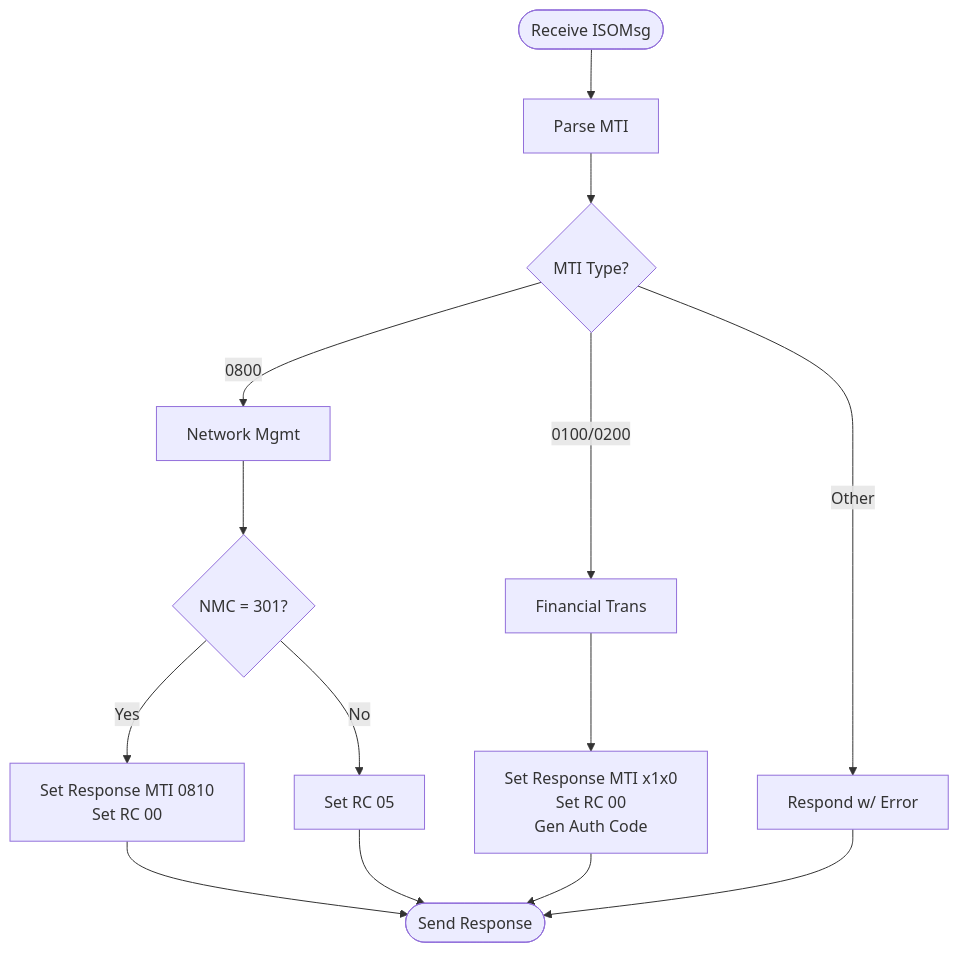
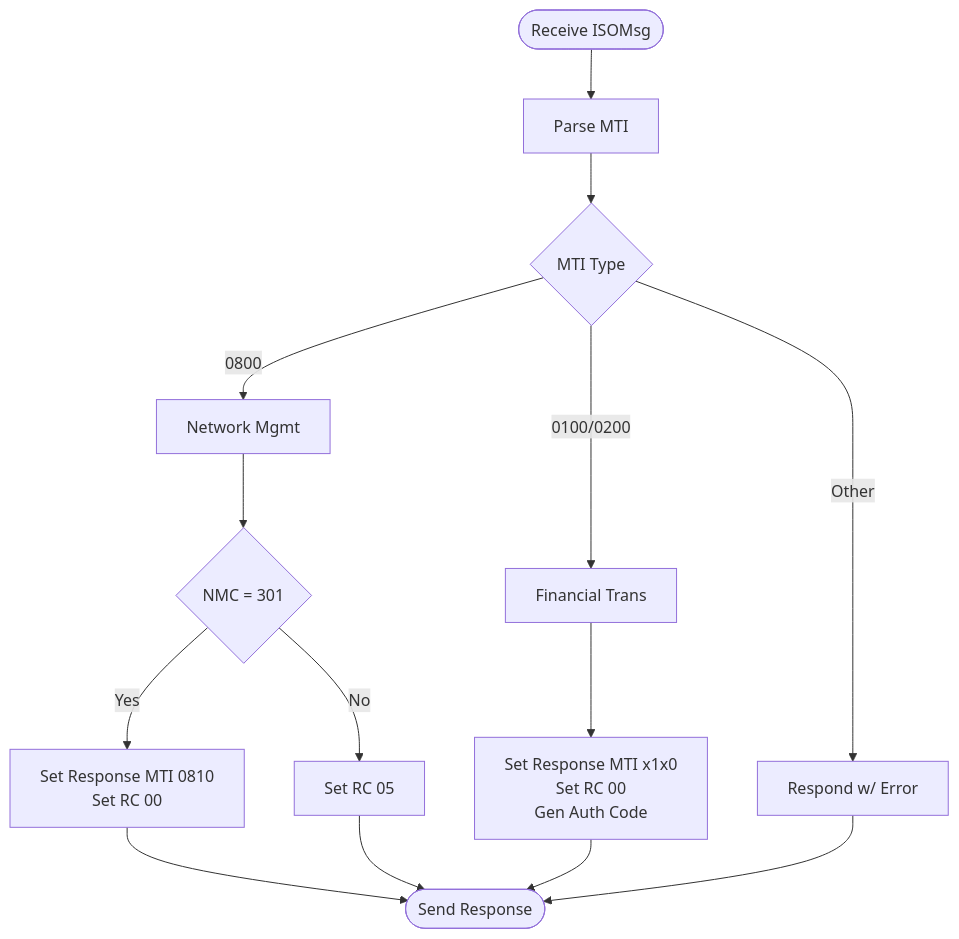
One commit to Yassine-BENAICH/atm-iso8583-gateway changed the diagram in docs/mock_switch.md. Above: the diagram before and after it, drawn with Mermaid. The commit also changed other lines of this file and 25 other files, not shown here.

````diff
--- a/docs/mock_switch.md
+++ b/docs/mock_switch.md
@@ -19,20 +19,20 @@
 ```mermaid
 flowchart TD
     Start([Receive ISOMsg]) --> Parse[Parse MTI]
-    Parse --> RequestType{MTI Type?}
+    Parse --> RequestType{MTI Type}
     
     RequestType -- 0800 --> Network[Network Mgmt]
     RequestType -- 0100/0200 --> Financial[Financial Trans]
     RequestType -- Other --> Unknown[Respond w/ Error]
     
-    Network --> NMC{NMC = 301?}
+    Network --> NMC{NMC = 301}
     NMC -- Yes --> Echo[Set Response MTI 0810<br/>Set RC 00]
     NMC -- No --> Error[Set RC 05]
     
     Financial --> Auth[Set Response MTI x1x0<br/>Set RC 00<br/>Gen Auth Code]
     
     Echo --> Send([Send Response])
     Error --> Send
     Auth --> Send
     Unknown --> Send
 ```
````
